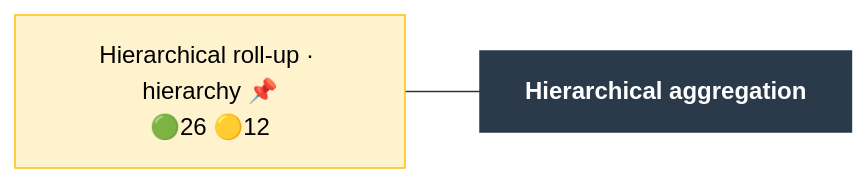
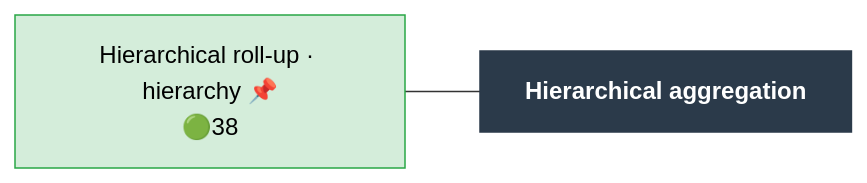
The diagram in docs/operator_map/hierarchy/index.rst (Meaningful-Data/vtlengine), drawn with Mermaid before and after one commit. The commit also changed other lines of this file and 175 other files, not shown here.

```diff
--- a/docs/operator_map/hierarchy/index.rst
+++ b/docs/operator_map/hierarchy/index.rst
@@ -24,15 +24,15 @@
 .. mermaid::
    :config: {"flowchart": {"useMaxWidth": false}}
 
    flowchart LR
        classDef ok fill:#d4edda,stroke:#28a745,color:#000
        classDef partial fill:#fff3cd,stroke:#ffc107,color:#000
        classDef refused fill:#d4edda,stroke:#28a745,stroke-width:3px,stroke-dasharray: 2 2,color:#000
        classDef missing fill:#f8d7da,stroke:#dc3545,color:#000
        classDef diverge fill:#cce5ff,stroke:#007bff,color:#000
        classDef block fill:#2b3a4a,stroke:#2b3a4a,color:#fff,font-weight:bold
        classDef ext fill:#fff,stroke:#666,color:#000,stroke-dasharray: 5 5
        B["Hierarchical aggregation"]:::block
-       hierarchy__hierarchy["Hierarchical roll-up · hierarchy 📌<br/>🟢26 🟡12"]:::partial
+       hierarchy__hierarchy["Hierarchical roll-up · hierarchy 📌<br/>🟢38"]:::ok
        hierarchy__hierarchy --- B
        click hierarchy__hierarchy href "hierarchy.html"
```
